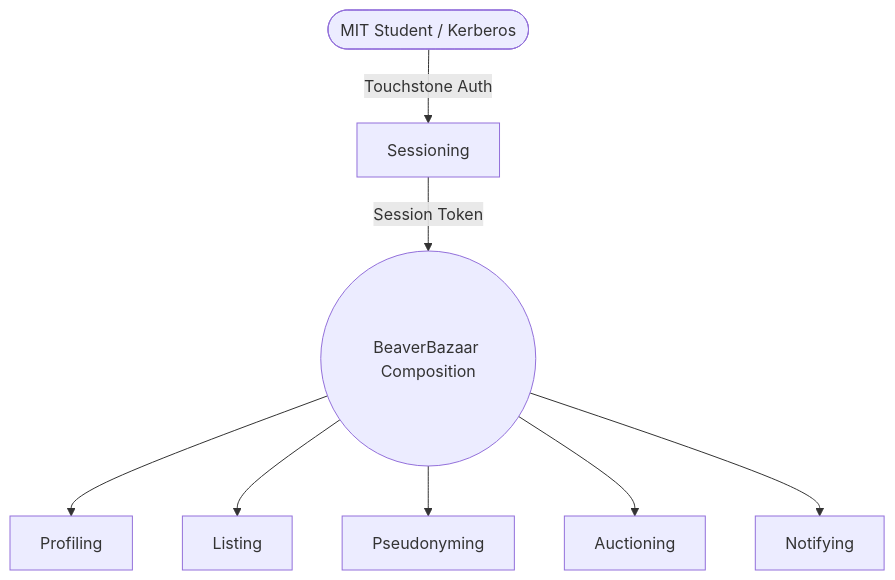
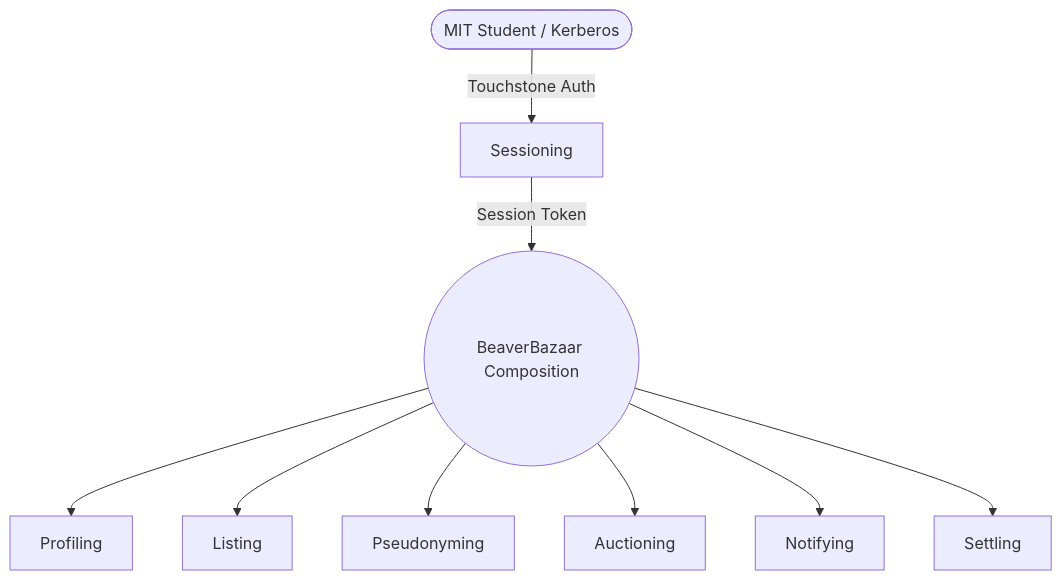
One commit to Hubert-Jiang/6.1040-Project changed the diagram in DESIGN.md. Above: the diagram before and after it, drawn with Mermaid. The commit also changed other lines of this file and 1 other file, not shown here.

Commit message:
document settling concept

````diff
--- a/DESIGN.md
+++ b/DESIGN.md
@@ -17,18 +17,20 @@
 ```mermaid
 graph TD
   User([MIT Student / Kerberos])
   Sessioning[Sessioning]
   Profiling[Profiling]
   Listing[Listing]
   Pseudonyming[Pseudonyming]
   Auctioning[Auctioning]
   Notifying[Notifying]
+  Settling[Settling]
 
   User -->|Touchstone Auth| Sessioning
   Sessioning -->|Session Token| Composition((BeaverBazaar Composition))
   Composition --> Profiling
   Composition --> Listing
   Composition --> Pseudonyming
   Composition --> Auctioning
   Composition --> Notifying
+  Composition --> Settling
 ```
````
